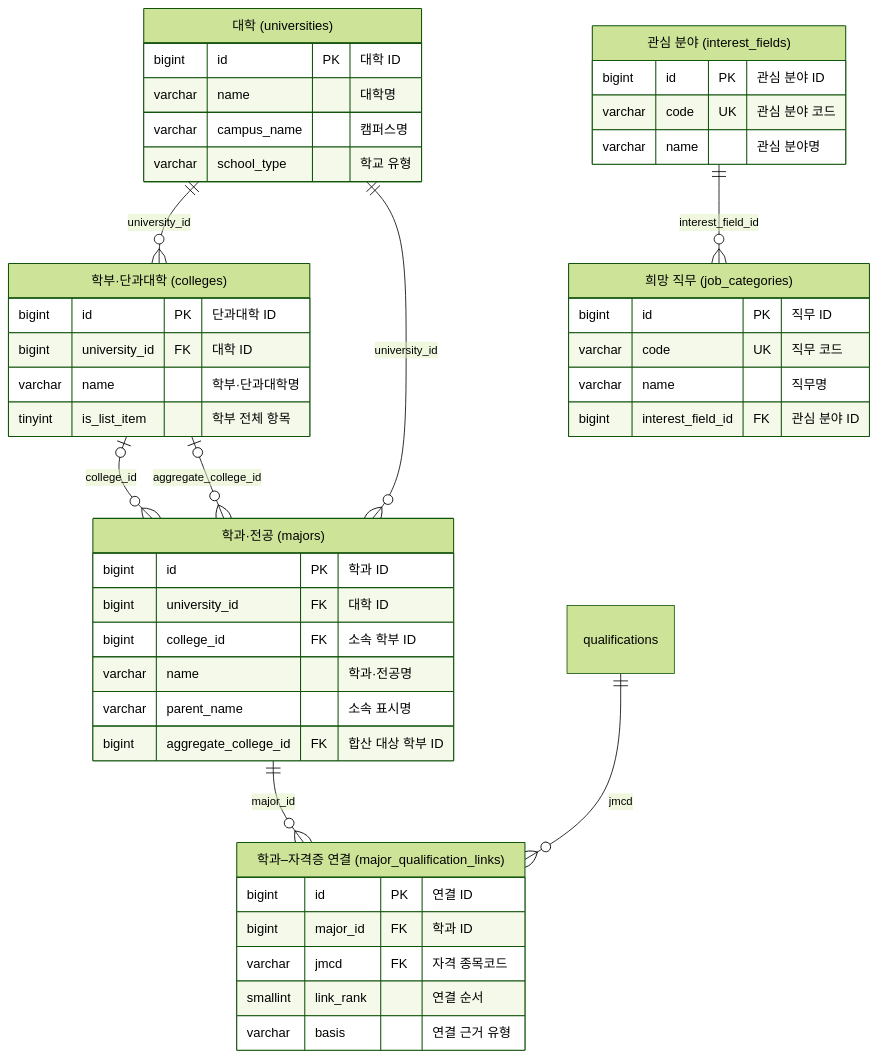
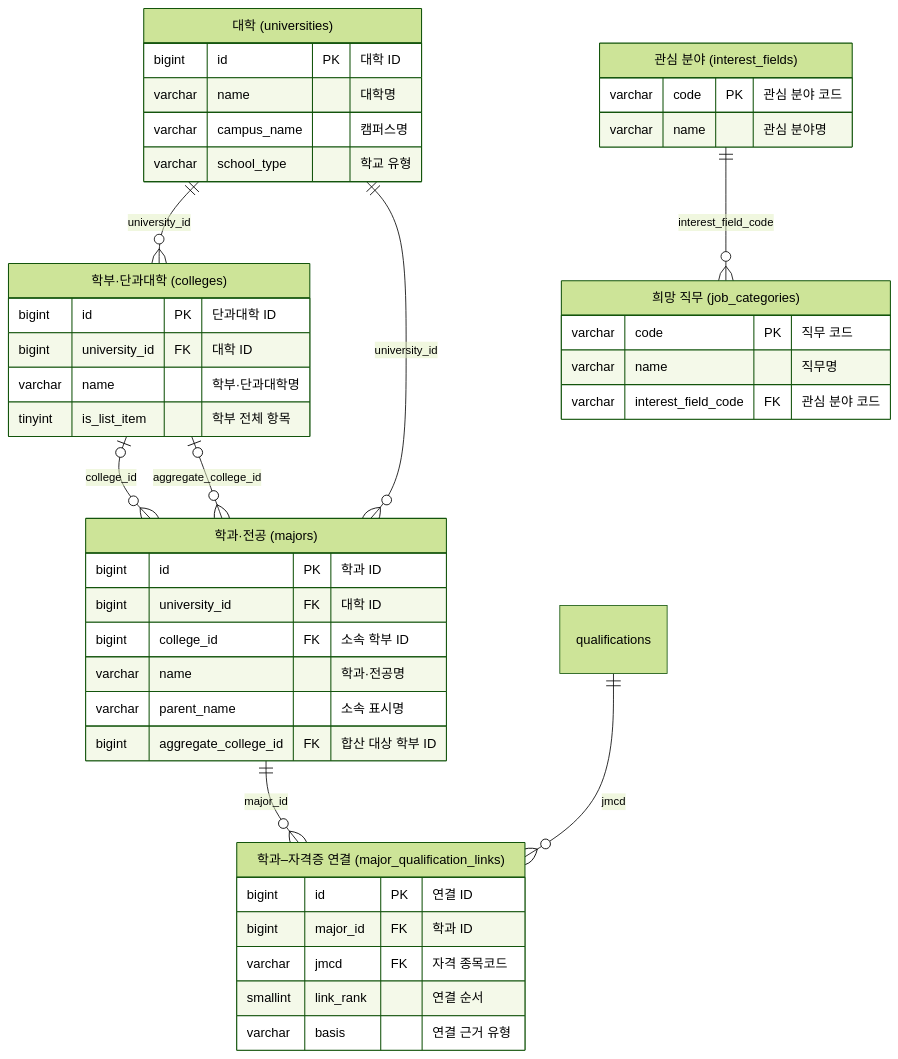
One commit to team-ap-cert-sniper/cert-sniper changed the third of 7 diagrams in docs/ERD.md. Above: the diagram before and after it, drawn with Mermaid (forest theme). The commit also changed other lines of this file and 6 other files, not shown here.

````diff
--- a/docs/ERD.md
+++ b/docs/ERD.md
@@ -152,48 +154,46 @@
 ```mermaid
 erDiagram
     universities["대학 (universities)"] {
         bigint id PK "대학 ID"
         varchar name "대학명"
         varchar campus_name "캠퍼스명"
         varchar school_type "학교 유형"
     }
     colleges["학부·단과대학 (colleges)"] {
         bigint id PK "단과대학 ID"
         bigint university_id FK "대학 ID"
         varchar name "학부·단과대학명"
         tinyint is_list_item "학부 전체 항목"
     }
     majors["학과·전공 (majors)"] {
         bigint id PK "학과 ID"
         bigint university_id FK "대학 ID"
         bigint college_id FK "소속 학부 ID"
         varchar name "학과·전공명"
         varchar parent_name "소속 표시명"
         bigint aggregate_college_id FK "합산 대상 학부 ID"
     }
     job_categories["희망 직무 (job_categories)"] {
-        bigint id PK "직무 ID"
-        varchar code UK "직무 코드"
+        varchar code PK "직무 코드"
         varchar name "직무명"
-        bigint interest_field_id FK "관심 분야 ID"
+        varchar interest_field_code FK "관심 분야 코드"
     }
     interest_fields["관심 분야 (interest_fields)"] {
-        bigint id PK "관심 분야 ID"
-        varchar code UK "관심 분야 코드"
+        varchar code PK "관심 분야 코드"
         varchar name "관심 분야명"
     }
     major_qualification_links["학과–자격증 연결 (major_qualification_links)"] {
         bigint id PK "연결 ID"
         bigint major_id FK "학과 ID"
         varchar jmcd FK "자격 종목코드"
         smallint link_rank "연결 순서"
         varchar basis "연결 근거 유형"
     }
     universities ||--o{ colleges : "university_id"
     universities ||--o{ majors : "university_id"
     colleges |o--o{ majors : "college_id"
     colleges |o--o{ majors : "aggregate_college_id"
-    interest_fields ||--o{ job_categories : "interest_field_id"
+    interest_fields ||--o{ job_categories : "interest_field_code"
     majors ||--o{ major_qualification_links : "major_id"
     qualifications ||--o{ major_qualification_links : "jmcd"
 ```
````
